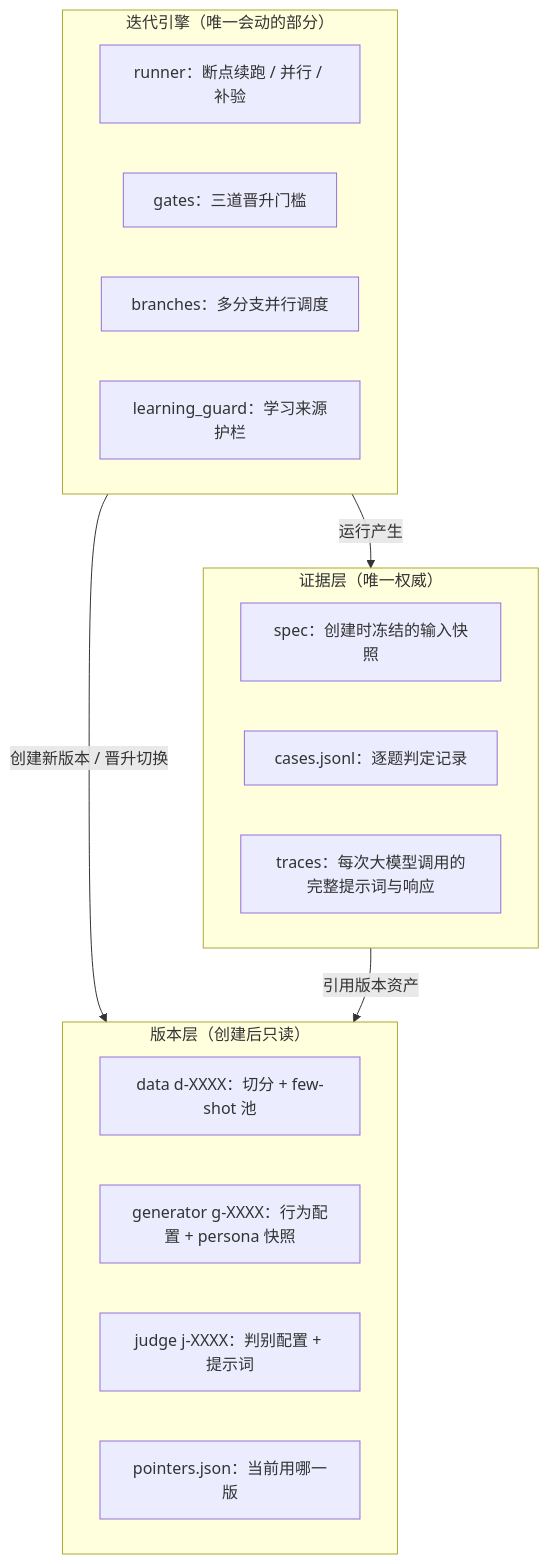
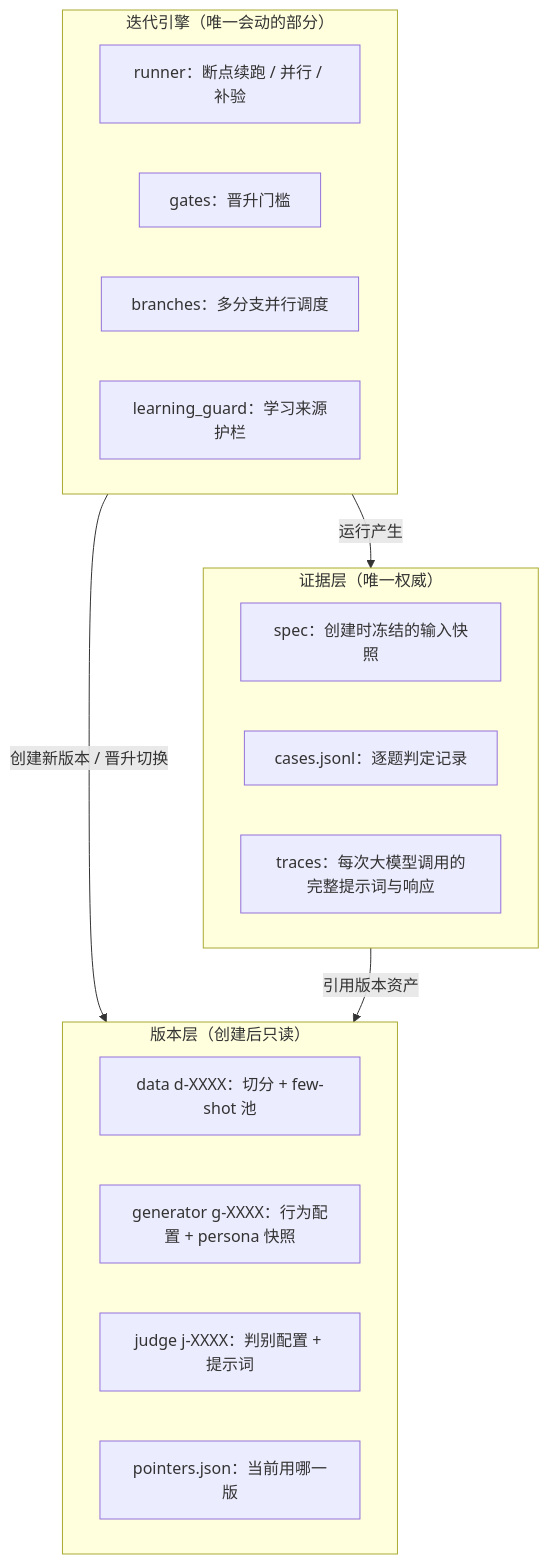
Before and after one commit to wq19901103wq/digital-human: the diagram in README.md, drawn with Mermaid. The commit also changed other lines of this file, not shown here.

Commit message:
docs: README v4 - GAN-inspired narrative, drop instance config and gate details (review PASS)

````diff
--- a/README.md
+++ b/README.md
@@ -47,23 +28,23 @@
 ```mermaid
 graph TD
     subgraph Engine["迭代引擎（唯一会动的部分）"]
         RUN[runner：断点续跑 / 并行 / 补验]
-        GATE[gates：三道晋升门槛]
+        GATE[gates：晋升门槛]
         BR[branches：多分支并行调度]
         GUARD[learning_guard：学习来源护栏]
     end
     subgraph Versions["版本层（创建后只读）"]
         DATA[data d-XXXX：切分 + few-shot 池]
         GEN[generator g-XXXX：行为配置 + persona 快照]
         JUDGE[judge j-XXXX：判别配置 + 提示词]
         PTR[pointers.json：当前用哪一版]
     end
     subgraph Evidence["证据层（唯一权威）"]
         SPEC[spec：创建时冻结的输入快照]
         CASES[cases.jsonl：逐题判定记录]
         TRACE[traces：每次大模型调用的完整提示词与响应]
     end
     Engine -->|运行产生| Evidence
     Engine -->|创建新版本 / 晋升切换| Versions
     Evidence -->|引用版本资产| Versions
 ```
````
